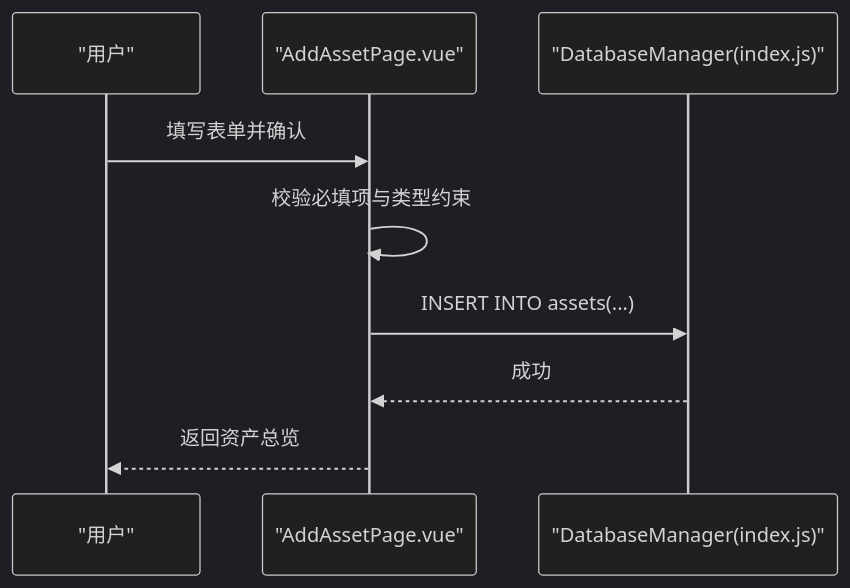
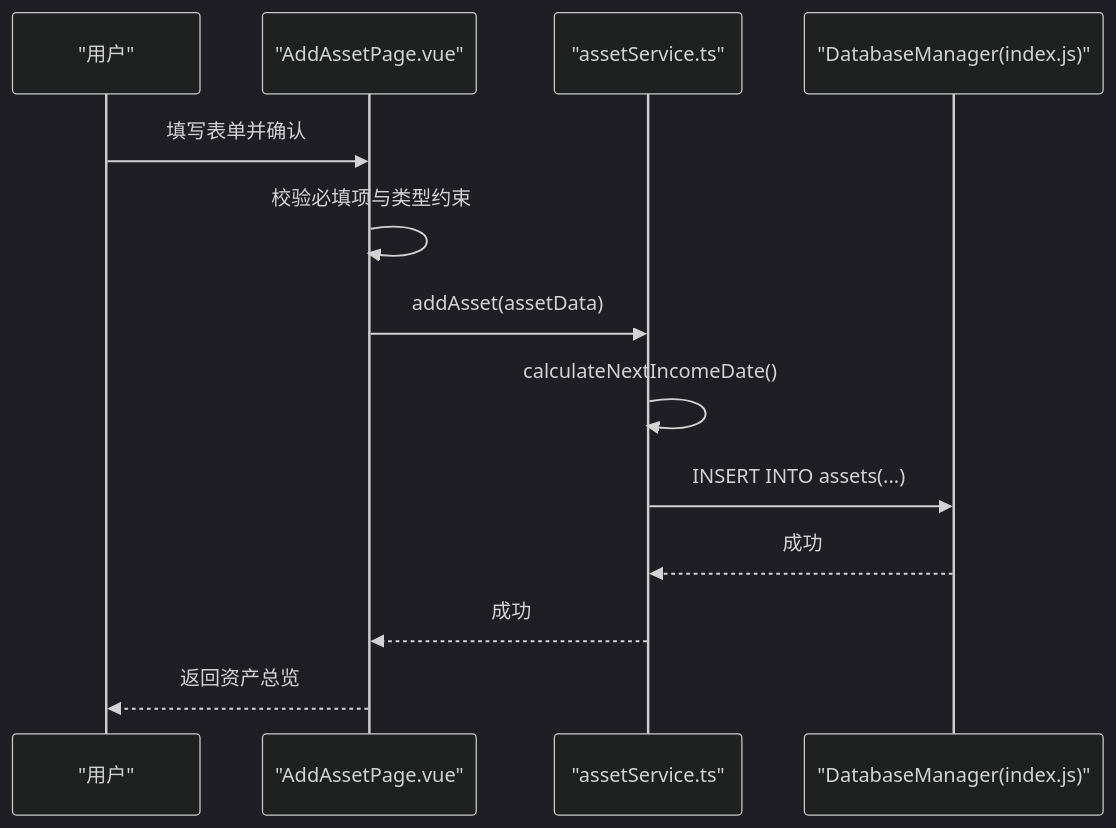
The fourth of 10 diagrams in .qoder/repowiki/zh/content/资产管理/资产管理.md (xiao-lin-unit/yuan), drawn with Mermaid (dark theme) before and after one commit. The commit also changed other lines of this file and 21 other files, not shown here.

````diff
--- a/.qoder/repowiki/zh/content/资产管理/资产管理.md
+++ b/.qoder/repowiki/zh/content/资产管理/资产管理.md
@@ -158,11 +218,15 @@
 ```mermaid
 sequenceDiagram
 participant U as "用户"
 participant AAS as "AddAssetPage.vue"
+participant AS as "assetService.ts"
 participant DB as "DatabaseManager(index.js)"
 U->>AAS : 填写表单并确认
 AAS->>AAS : 校验必填项与类型约束
-AAS->>DB : INSERT INTO assets(...)
-DB-->>AAS : 成功
+AAS->>AS : addAsset(assetData)
+AS->>AS : calculateNextIncomeDate()
+AS->>DB : INSERT INTO assets(...)
+DB-->>AS : 成功
+AS-->>AAS : 成功
 AAS-->>U : 返回资产总览
 ```
````
